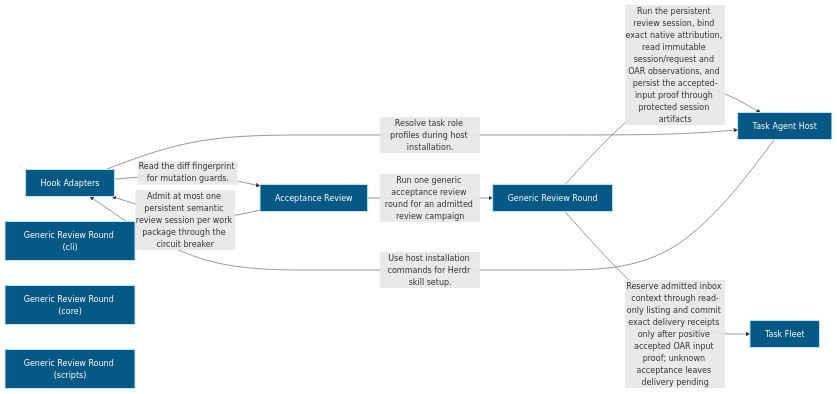
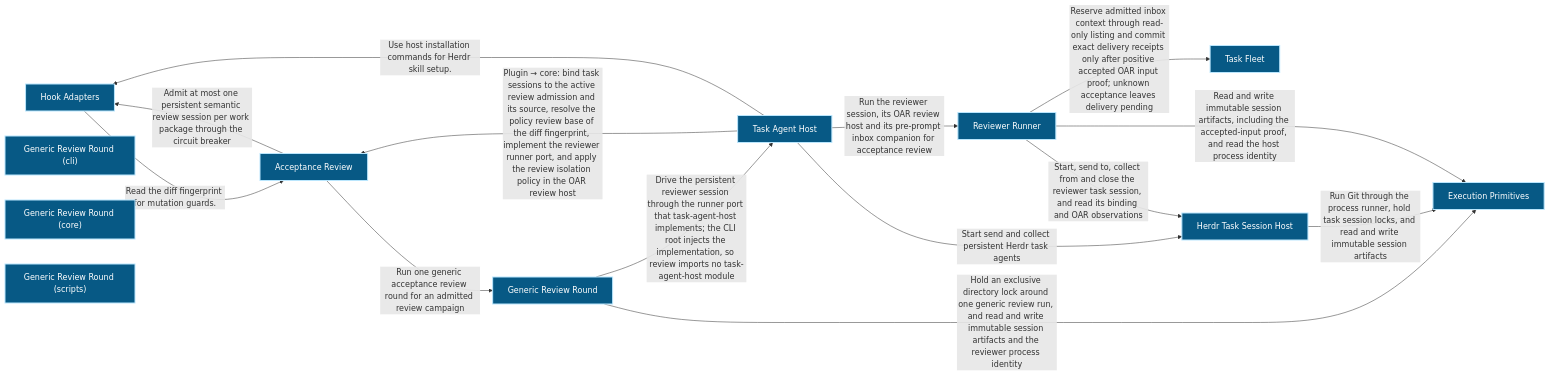
One commit to Ancienttwo/repo-harness changed the first of 3 diagrams in docs/architecture/modules/verification/acceptance-review.md. Above: the diagram before and after it, drawn with Mermaid. The commit also changed other lines of this file and 20 other files, not shown here.

First line of the commit message:
chore(projection): refresh generated architecture outputs for main@a81f342c0eb6

````diff
--- a/docs/architecture/modules/verification/acceptance-review.md
+++ b/docs/architecture/modules/verification/acceptance-review.md
@@ -16,22 +16,31 @@
 ```mermaid
 flowchart LR
   p1_capability_organization_task_fleet_134b5125["Task Fleet"]:::component
   p1_capability_runtime_harness_hook_adapters_75a11743["Hook Adapters"]:::component
   p1_capability_runtime_harness_task_agent_host_d81dadb6["Task Agent Host"]:::component
   p1_capability_verification_acceptance_review_f80a24d6["Acceptance Review"]:::component
+  p1_capability_workflow_engine_execution_primitives_b3033934["Execution Primitives"]:::component
   p1_component_acceptance_review_primary_b86fb286["Generic Review Round"]:::component
   p1_component_acceptance_review_primary_cli_16f323d1["Generic Review Round (cli)"]:::component
   p1_component_acceptance_review_primary_core_dad45fa1["Generic Review Round (core)"]:::component
   p1_component_acceptance_review_primary_scripts_fb66eb00["Generic Review Round (scripts)"]:::component
+  p1_component_task_agent_host_primary_d8453f09["Herdr Task Session Host"]:::component
+  p1_component_task_agent_host_review_runner_c2379e1e["Reviewer Runner"]:::component
   p1_capability_verification_acceptance_review_f80a24d6 -->|"Admit at most one persistent semantic review session per work package through the circuit breaker"| p1_capability_runtime_harness_hook_adapters_75a11743
   p1_capability_verification_acceptance_review_f80a24d6 -->|"Run one generic acceptance review round for an admitted review campaign"| p1_component_acceptance_review_primary_b86fb286
-  p1_component_acceptance_review_primary_b86fb286 -->|"Run the persistent review session#44; bind exact native attribution#44; read immutable session/request and OAR observations#44; and persist the accepted-input proof through protected session artifacts"| p1_capability_runtime_harness_task_agent_host_d81dadb6
-  p1_component_acceptance_review_primary_b86fb286 -->|"Reserve admitted inbox context through read-only listing and commit exact delivery receipts only after positive accepted OAR input proof#59; unknown acceptance leaves delivery pending"| p1_capability_organization_task_fleet_134b5125
+  p1_component_acceptance_review_primary_b86fb286 -->|"Hold an exclusive directory lock around one generic review run#44; and read and write immutable session artifacts and the reviewer process identity"| p1_capability_workflow_engine_execution_primitives_b3033934
+  p1_component_acceptance_review_primary_b86fb286 -->|"Drive the persistent reviewer session through the runner port that task-agent-host implements#59; the CLI root injects the implementation#44; so review imports no task-agent-host module"| p1_capability_runtime_harness_task_agent_host_d81dadb6
   p1_capability_runtime_harness_hook_adapters_75a11743 -->|"Read the diff fingerprint for mutation guards."| p1_capability_verification_acceptance_review_f80a24d6
-  p1_capability_runtime_harness_hook_adapters_75a11743 -->|"Resolve task role profiles during host installation."| p1_capability_runtime_harness_task_agent_host_d81dadb6
+  p1_capability_runtime_harness_task_agent_host_d81dadb6 -->|"Plugin → core: bind task sessions to the active review admission and its source#44; resolve the policy review base of the diff fingerprint#44; implement the reviewer runner port#44; and apply the review isolation policy in the OAR review host"| p1_capability_verification_acceptance_review_f80a24d6
   p1_capability_runtime_harness_task_agent_host_d81dadb6 -->|"Use host installation commands for Herdr skill setup."| p1_capability_runtime_harness_hook_adapters_75a11743
+  p1_capability_runtime_harness_task_agent_host_d81dadb6 -->|"Start send and collect persistent Herdr task agents"| p1_component_task_agent_host_primary_d8453f09
+  p1_component_task_agent_host_primary_d8453f09 -->|"Run Git through the process runner#44; hold task session locks#44; and read and write immutable session artifacts"| p1_capability_workflow_engine_execution_primitives_b3033934
+  p1_capability_runtime_harness_task_agent_host_d81dadb6 -->|"Run the reviewer session#44; its OAR review host and its pre-prompt inbox companion for acceptance review"| p1_component_task_agent_host_review_runner_c2379e1e
+  p1_component_task_agent_host_review_runner_c2379e1e -->|"Read and write immutable session artifacts#44; including the accepted-input proof#44; and read the host process identity"| p1_capability_workflow_engine_execution_primitives_b3033934
+  p1_component_task_agent_host_review_runner_c2379e1e -->|"Start#44; send to#44; collect from and close the reviewer task session#44; and read its binding and OAR observations"| p1_component_task_agent_host_primary_d8453f09
+  p1_component_task_agent_host_review_runner_c2379e1e -->|"Reserve admitted inbox context through read-only listing and commit exact delivery receipts only after positive accepted OAR input proof#59; unknown acceptance leaves delivery pending"| p1_capability_organization_task_fleet_134b5125
   classDef actor fill:#111827,color:#ffffff,stroke:#f9fafb,stroke-width:2px
   classDef component fill:#075985,color:#ffffff,stroke:#bae6fd,stroke-width:2px
   classDef datastore fill:#3f6212,color:#ffffff,stroke:#d9f99d,stroke-width:2px
   classDef external fill:#7c2d12,color:#ffffff,stroke:#fed7aa,stroke-width:2px
 ```
````
